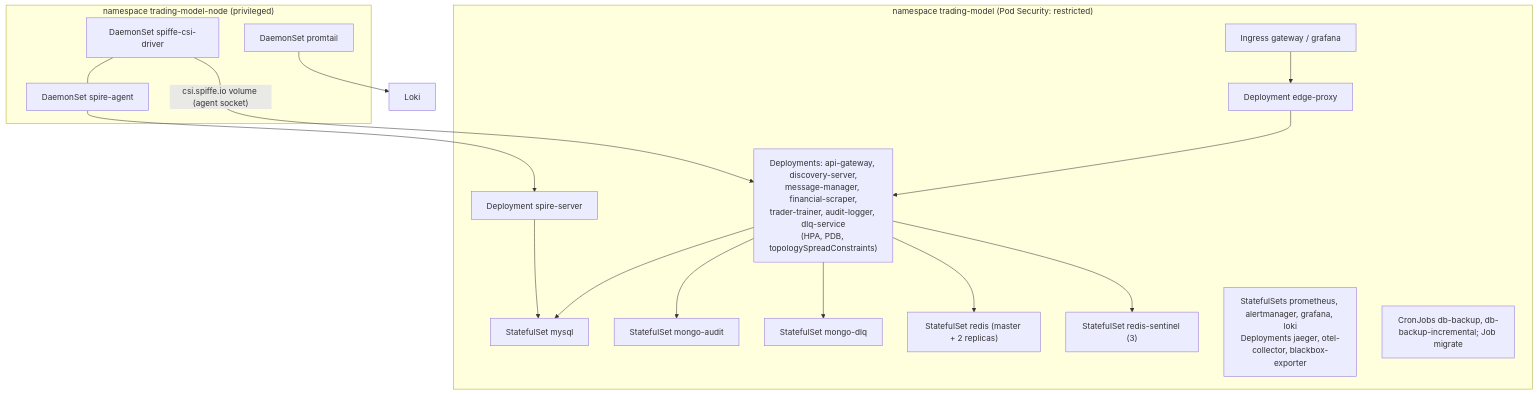
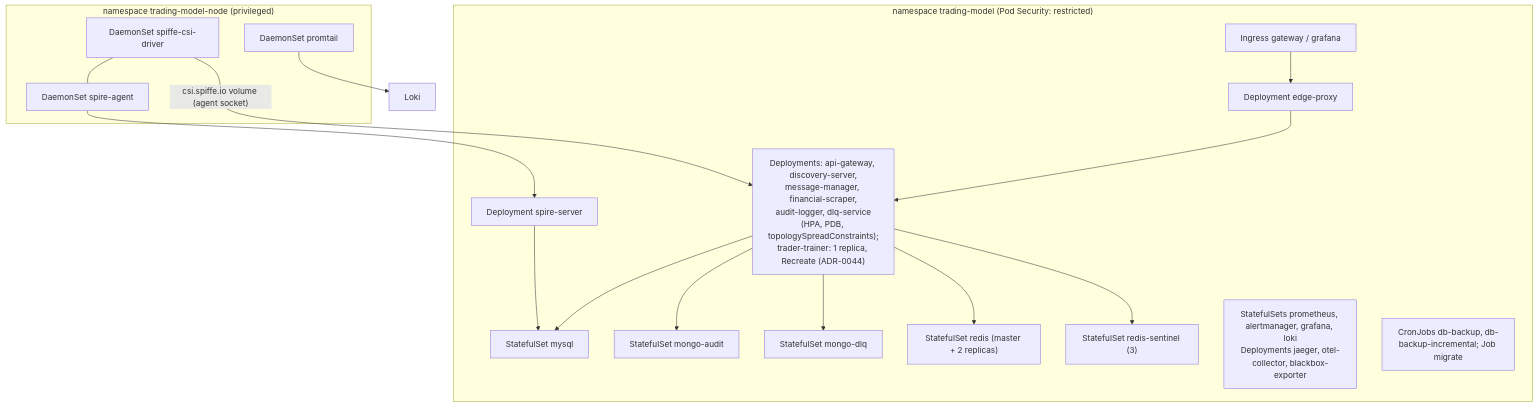
The third of 4 diagrams in docs/architecture/system-overview.md (docteur-turboss/trading-model), drawn with Mermaid before and after one commit. The commit also changed 10 other files, not shown here.

First line of the commit message:
:bug:(k8s): run trader-trainer as a singleton: no HPA, one replica, Recreate (#509)

````diff
--- a/docs/architecture/system-overview.md
+++ b/docs/architecture/system-overview.md
@@ -76,24 +76,24 @@
 ```mermaid
 flowchart TB
   subgraph tm["namespace trading-model (Pod Security: restricted)"]
     ing["Ingress gateway / grafana"] --> edge["Deployment edge-proxy"]
-    edge --> svc["Deployments: api-gateway, discovery-server,<br/>message-manager, financial-scraper,<br/>trader-trainer, audit-logger, dlq-service<br/>(HPA, PDB, topologySpreadConstraints)"]
+    edge --> svc["Deployments: api-gateway, discovery-server,<br/>message-manager, financial-scraper,<br/>audit-logger, dlq-service<br/>(HPA, PDB, topologySpreadConstraints);<br/>trader-trainer: 1 replica, Recreate (ADR-0044)"]
     svc --> mysql["StatefulSet mysql"]
     svc --> mA["StatefulSet mongo-audit"]
     svc --> mD["StatefulSet mongo-dlq"]
     svc --> rd["StatefulSet redis (master + 2 replicas)"]
     svc --> rs["StatefulSet redis-sentinel (3)"]
     ss["Deployment spire-server"] --> mysql
     obs["StatefulSets prometheus, alertmanager, grafana, loki<br/>Deployments jaeger, otel-collector, blackbox-exporter"]
     jobs["CronJobs db-backup, db-backup-incremental; Job migrate"]
   end
   subgraph node["namespace trading-model-node (privileged)"]
     agent["DaemonSet spire-agent"]
     csi["DaemonSet spiffe-csi-driver"]
     pt["DaemonSet promtail"]
   end
   csi -->|"csi.spiffe.io volume (agent socket)"| svc
   agent --> ss
   csi --- agent
   pt --> loki["Loki"]
 ```
````
